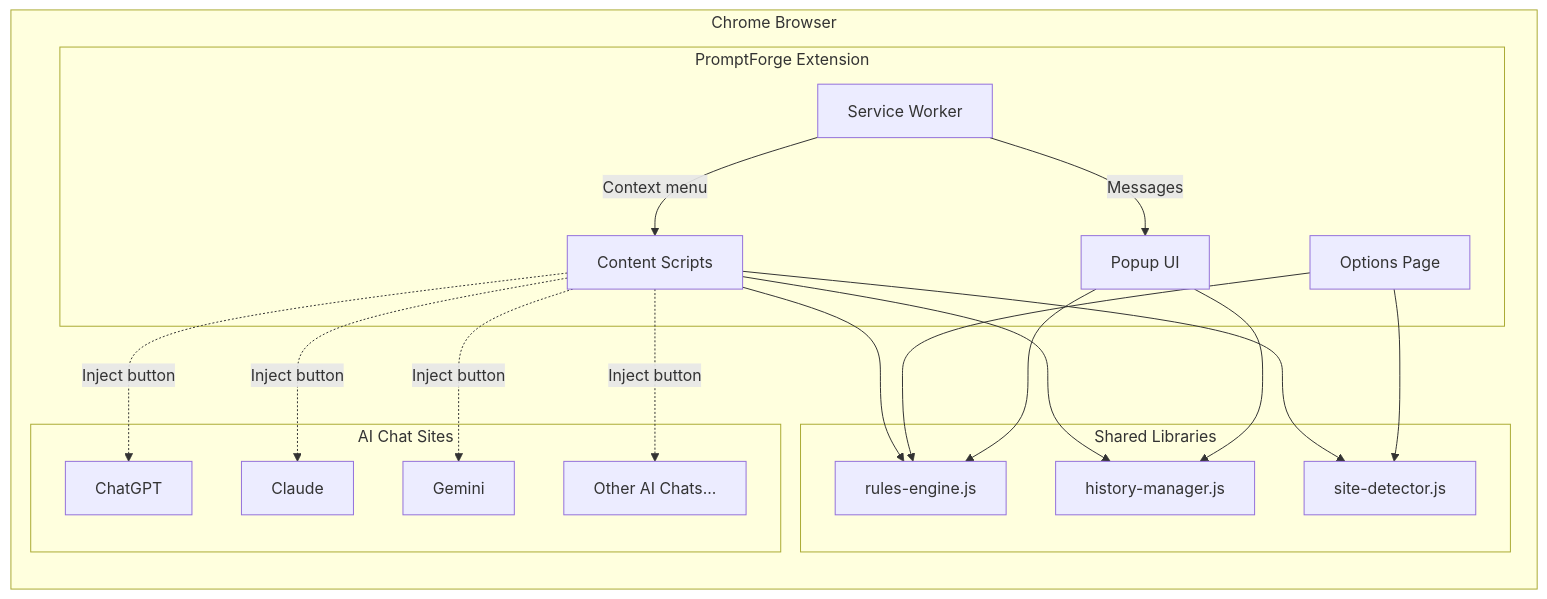
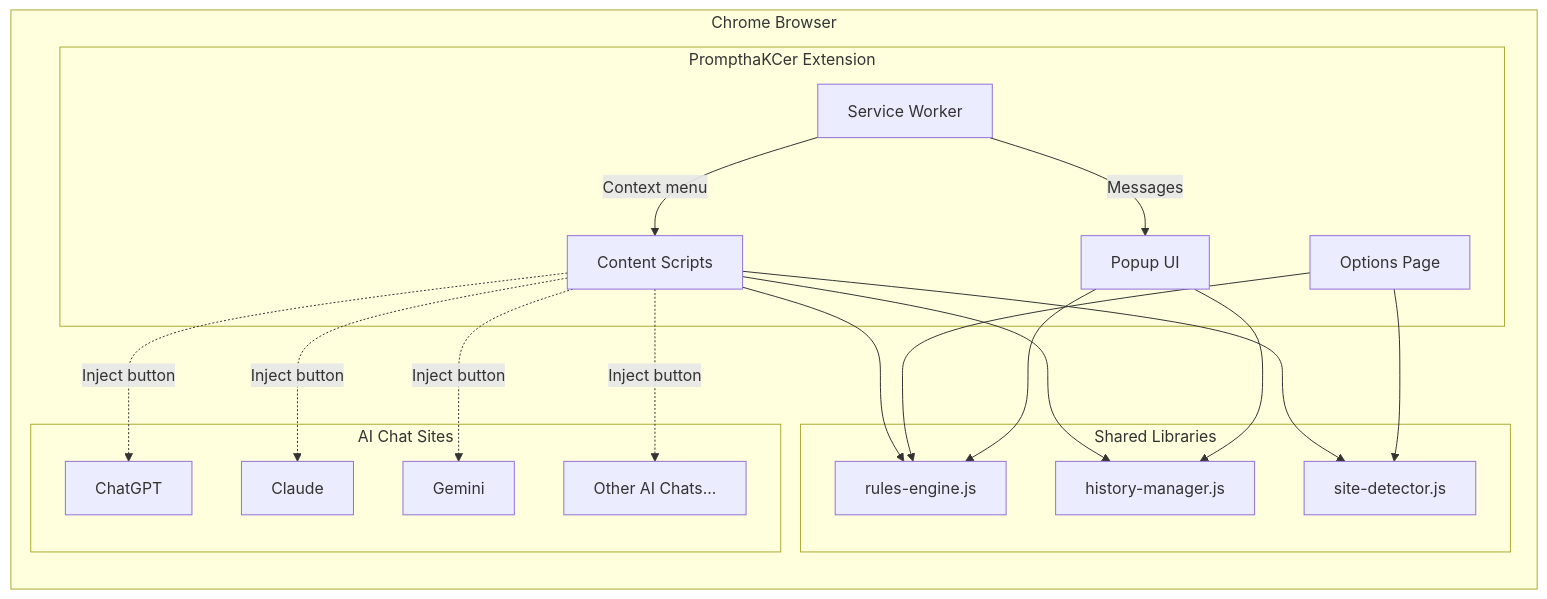
The third of 3 diagrams in README.md (haKC-ai/prompthakcer), drawn with Mermaid before and after one commit. The commit also changed other lines of this file and 12 other files, not shown here.

````diff
--- a/README.md
+++ b/README.md
@@ -270,40 +270,40 @@
 ```mermaid
 graph LR
     subgraph Browser["Chrome Browser"]
-        subgraph Extension["PromptForge Extension"]
+        subgraph Extension["PrompthaKCer Extension"]
             SW[Service Worker]
             POP[Popup UI]
             OPT[Options Page]
             CS[Content Scripts]
         end
 
         subgraph Libraries["Shared Libraries"]
             RE[rules-engine.js]
             SD[site-detector.js]
             HM[history-manager.js]
         end
 
         subgraph Sites["AI Chat Sites"]
             GPT[ChatGPT]
             CL[Claude]
             GEM[Gemini]
             OTHER[Other AI Chats...]
         end
     end
 
     POP --> RE
     POP --> HM
     OPT --> RE
     OPT --> SD
     CS --> RE
     CS --> SD
     CS --> HM
 
     CS -.->|Inject button| GPT
     CS -.->|Inject button| CL
     CS -.->|Inject button| GEM
     CS -.->|Inject button| OTHER
 
     SW -->|Context menu| CS
     SW -->|Messages| POP
 ```
````
